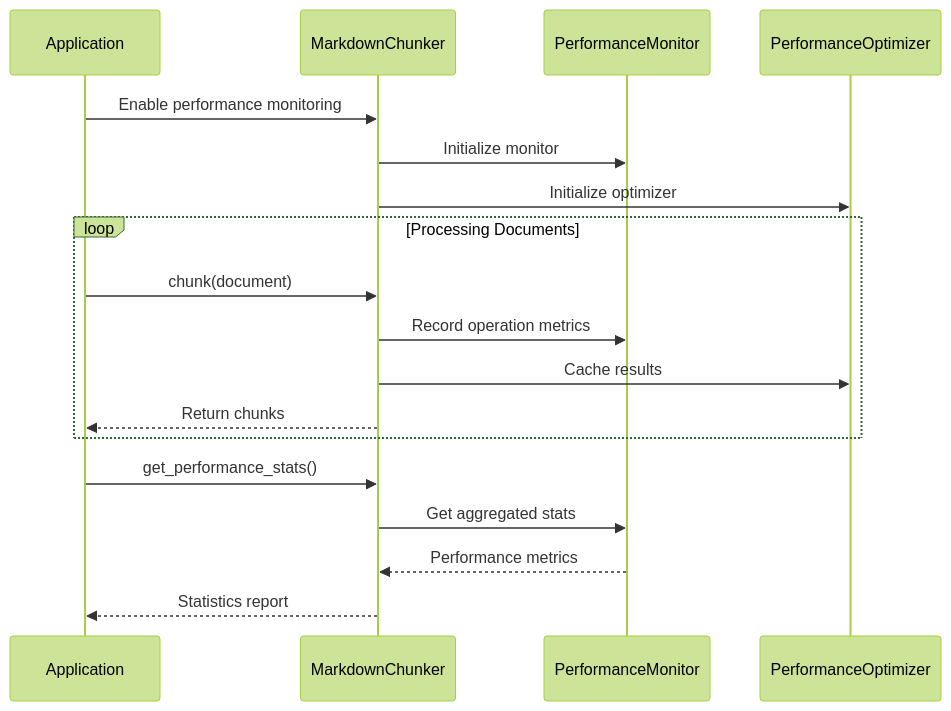
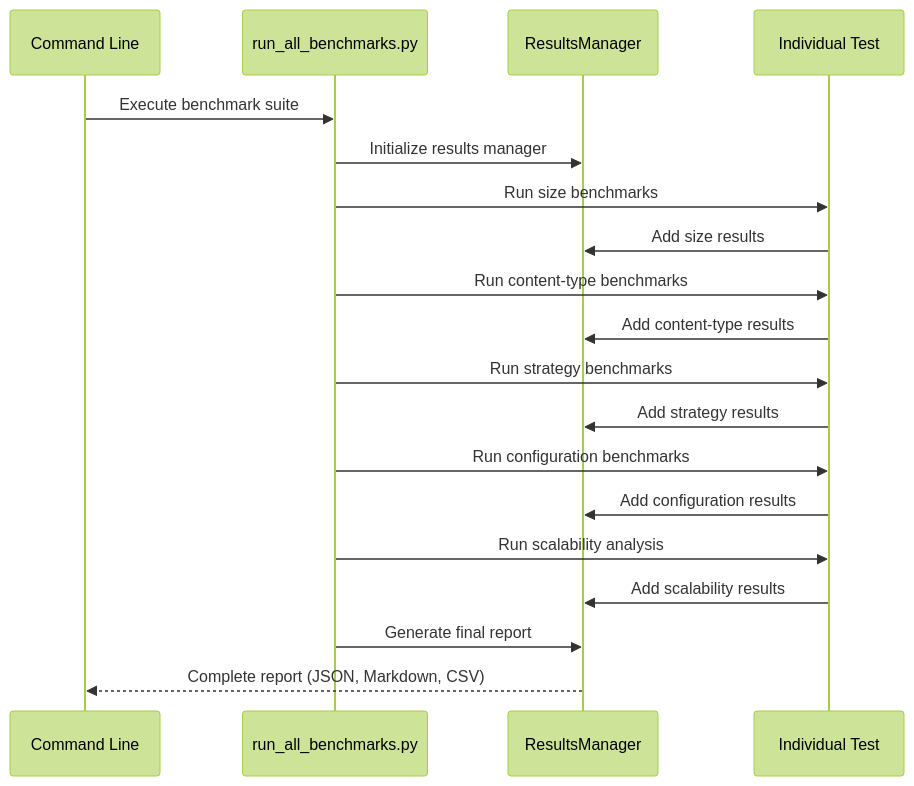
Diagram 12 of 12 in .qoder/repowiki/en/content/Testing and Quality/Performance Benchmarks/Performance Benchmarks.md (asukhodko/dify-markdown-chunker), drawn with Mermaid (forest theme) before and after one commit. The commit also changed other lines of this file and 5 other files, not shown here.

````diff
--- a/.qoder/repowiki/en/content/Testing and Quality/Performance Benchmarks/Performance Benchmarks.md
+++ b/.qoder/repowiki/en/content/Testing and Quality/Performance Benchmarks/Performance Benchmarks.md
@@ -411,20 +523,21 @@
 ```mermaid
 sequenceDiagram
-participant App as Application
-participant Chunker as MarkdownChunker
-participant Monitor as PerformanceMonitor
-participant Cache as PerformanceOptimizer
-App->>Chunker : Enable performance monitoring
-Chunker->>Monitor : Initialize monitor
-Chunker->>Cache : Initialize optimizer
-loop Processing Documents
-App->>Chunker : chunk(document)
-Chunker->>Monitor : Record operation metrics
-Chunker->>Cache : Cache results
-Chunker-->>App : Return chunks
-end
-App->>Chunker : get_performance_stats()
-Chunker->>Monitor : Get aggregated stats
-Monitor-->>Chunker : Performance metrics
-Chunker-->>App : Statistics report
+participant CLI as Command Line
+participant Runner as run_all_benchmarks.py
+participant Results as ResultsManager
+participant Benchmark as Individual Test
+CLI->>Runner : Execute benchmark suite
+Runner->>Results : Initialize results manager
+Runner->>Benchmark : Run size benchmarks
+Benchmark->>Results : Add size results
+Runner->>Benchmark : Run content-type benchmarks
+Benchmark->>Results : Add content-type results
+Runner->>Benchmark : Run strategy benchmarks
+Benchmark->>Results : Add strategy results
+Runner->>Benchmark : Run configuration benchmarks
+Benchmark->>Results : Add configuration results
+Runner->>Benchmark : Run scalability analysis
+Benchmark->>Results : Add scalability results
+Runner->>Results : Generate final report
+Results-->>CLI : Complete report (JSON, Markdown, CSV)
 ```
````
